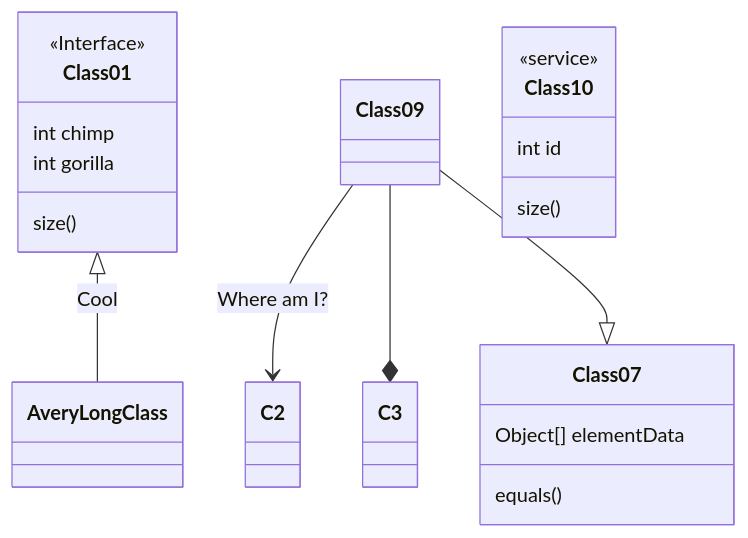
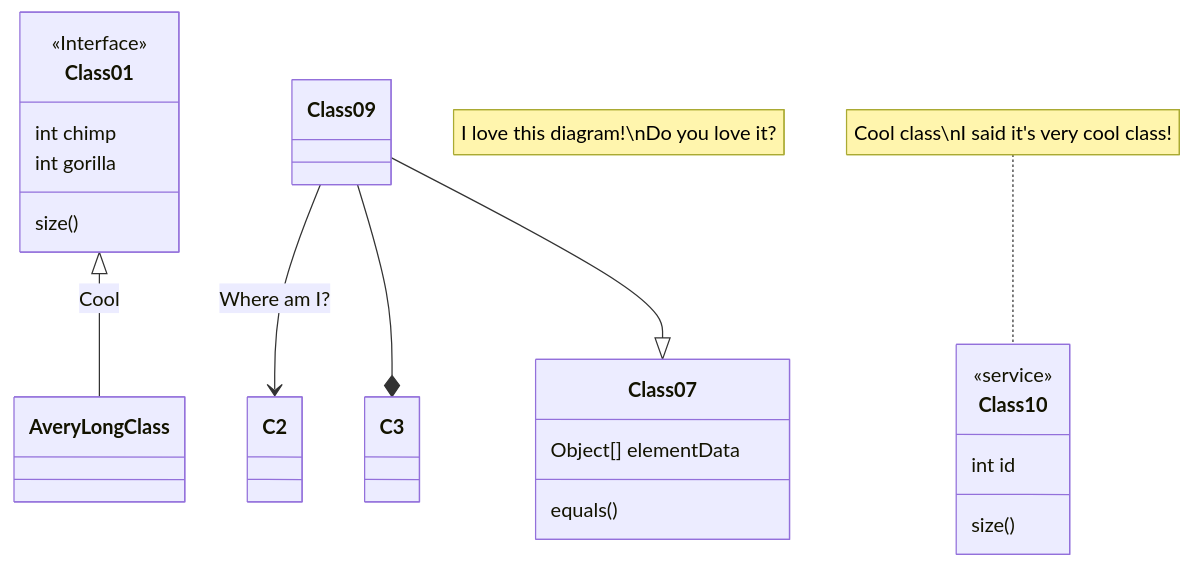
The fourth of 8 diagrams in README.md (mermaid-js/mermaid), drawn with Mermaid before and after one commit. The commit also changed 8 other files, not shown here.

Commit message:
add the way to add notes to class diagram

````diff
--- a/README.md
+++ b/README.md
@@ -158,18 +158,20 @@
 ```mermaid
 classDiagram
 Class01 <|-- AveryLongClass : Cool
 <<Interface>> Class01
 Class09 --> C2 : Where am I?
 Class09 --* C3
 Class09 --|> Class07
+note "I love this diagram!\nDo you love it?"
 Class07 : equals()
 Class07 : Object[] elementData
 Class01 : size()
 Class01 : int chimp
 Class01 : int gorilla
 class Class10 {
   <<service>>
   int id
   size()
 }
+note for Class10 "Cool class\nI said it's very cool class!"
 ```
````
